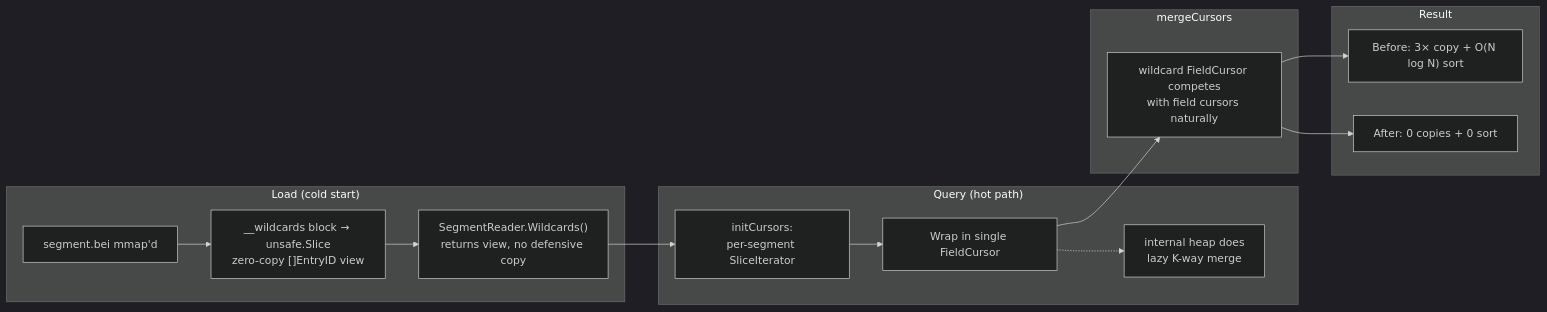
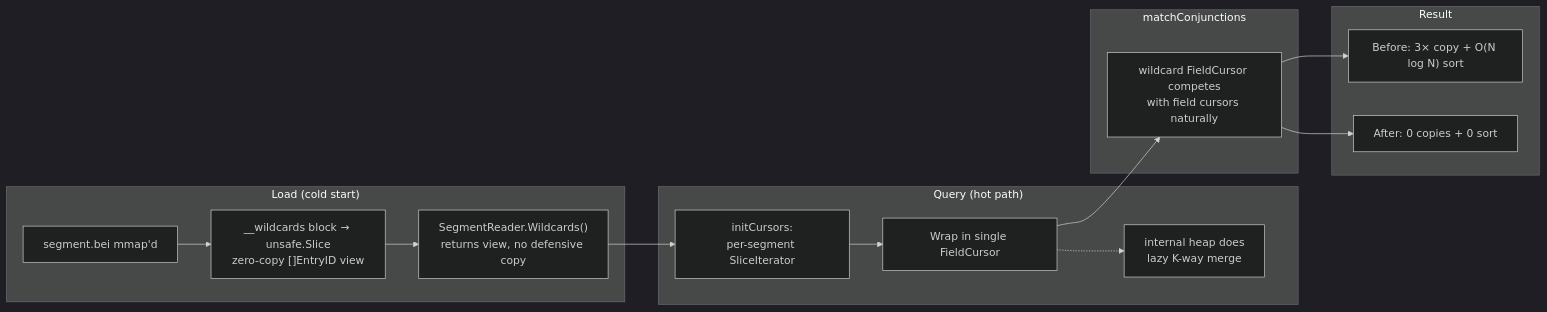
The fifth of 5 diagrams in README.md (echoface/be_indexer), drawn with Mermaid (dark theme) before and after one commit. The commit also changed other lines of this file and 157 other files, not shown here.

````diff
--- a/README.md
+++ b/README.md
@@ -224,22 +244,22 @@
 ```mermaid
 flowchart LR
     subgraph Load["Load (cold start)"]
         L1["segment.bei mmap'd"] --> L2["__wildcards block → unsafe.Slice\nzero-copy []EntryID view"]
         L2 --> L3["SegmentReader.Wildcards()\nreturns view, no defensive copy"]
     end
     subgraph Query["Query (hot path)"]
         Q1["initCursors:\nper-segment SliceIterator"] --> Q2[Wrap in single FieldCursor]
         Q2 -.-> Q2a["internal heap does\nlazy K-way merge"]
     end
-    subgraph Merge["mergeCursors"]
+    subgraph Merge["matchConjunctions"]
         M1["wildcard FieldCursor competes\nwith field cursors naturally"]
     end
     subgraph Result["Result"]
         R1["Before: 3× copy + O(N log N) sort"]
         R2["After: 0 copies + 0 sort"]
     end
     L3 --> Q1
     Q2 --> M1
     M1 --> R1
     M1 --> R2
 ```
````
